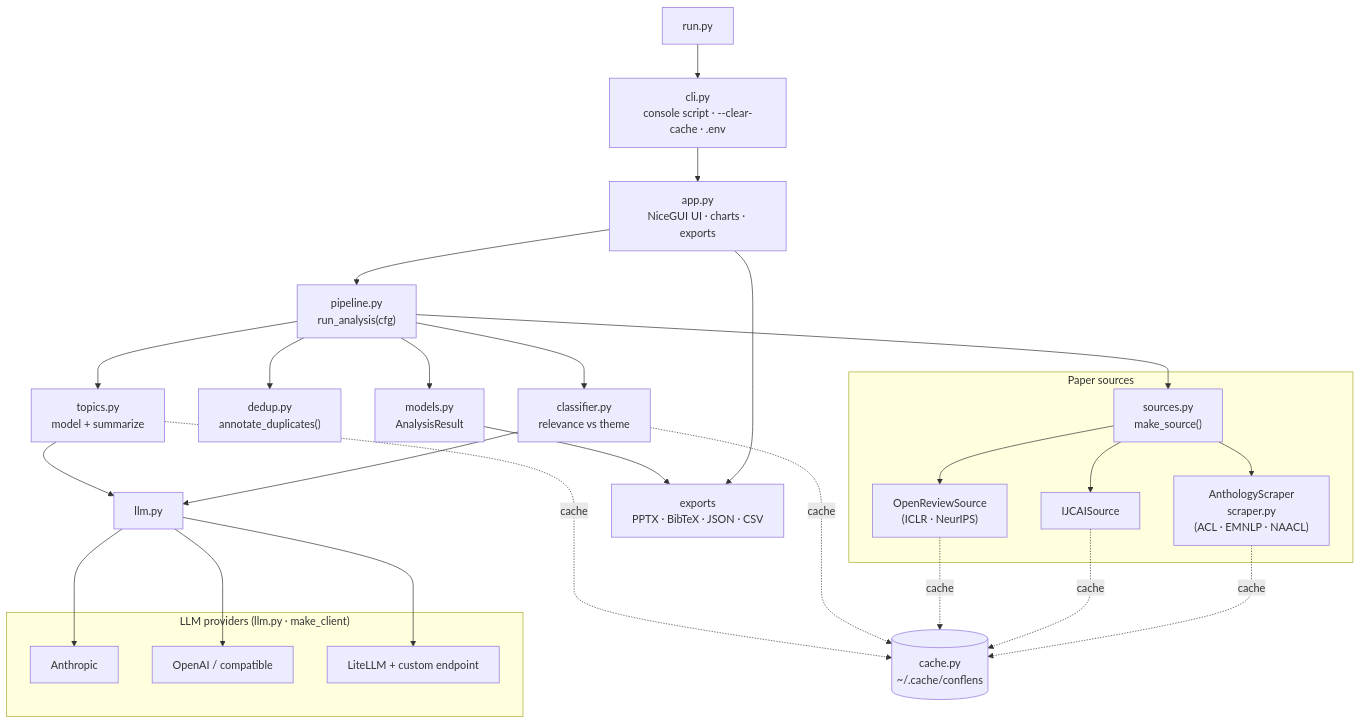
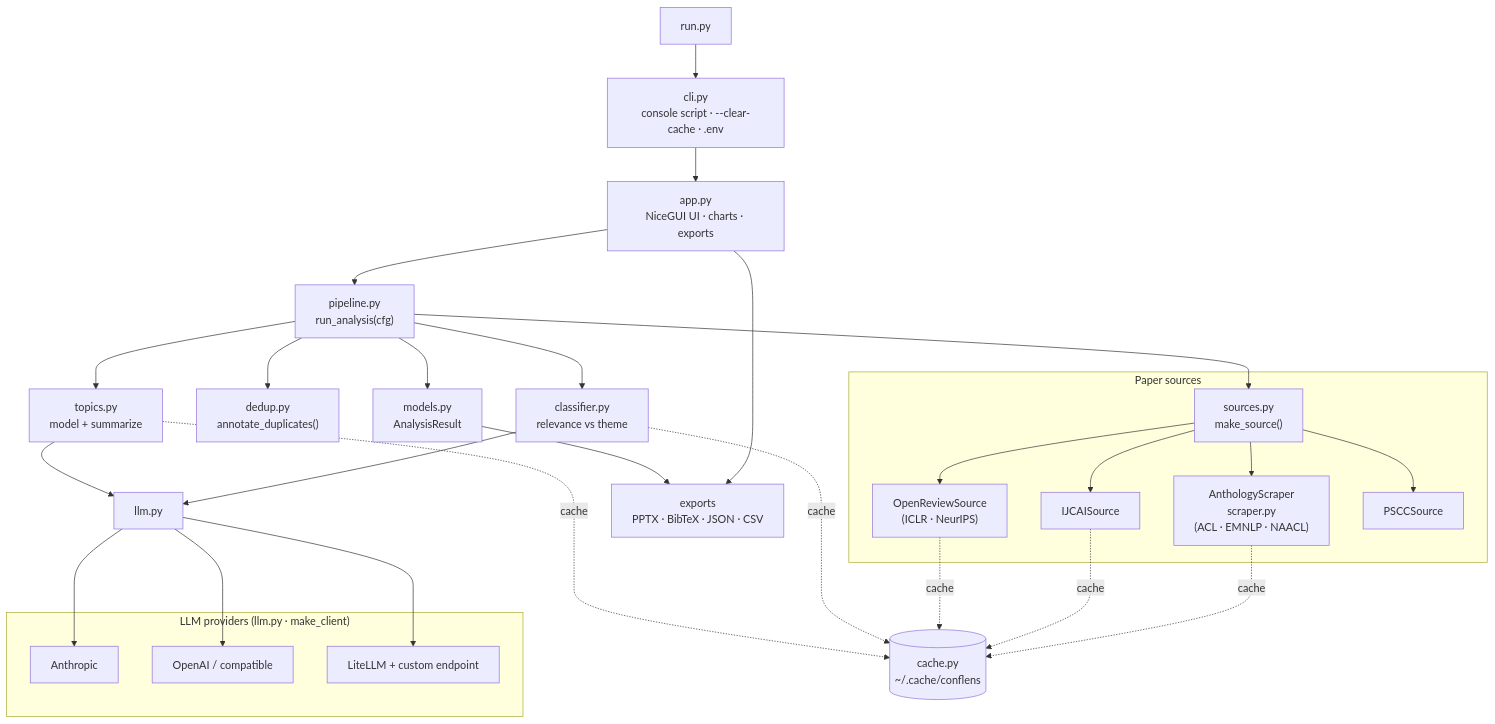
Before and after one commit to picaultj/conflens: the first of 4 diagrams in docs/ARCHITECTURE.md, drawn with Mermaid. The commit also changed other lines of this file and 5 other files, not shown here.

````diff
--- a/docs/ARCHITECTURE.md
+++ b/docs/ARCHITECTURE.md
@@ -10,37 +10,38 @@
 ```mermaid
 flowchart TB
     RUN["run.py"] --> CLI["cli.py<br/>console script · --clear-cache · .env"]
     CLI --> UI["app.py<br/>NiceGUI UI · charts · exports"]
     UI --> PIPE["pipeline.py<br/>run_analysis(cfg)"]
 
     PIPE --> REG["sources.py<br/>make_source()"]
     PIPE --> DUP["dedup.py<br/>annotate_duplicates()"]
     PIPE --> CLS["classifier.py<br/>relevance vs theme"]
     PIPE --> TOP["topics.py<br/>model + summarize"]
     PIPE --> RES["models.py<br/>AnalysisResult"]
 
     subgraph sources["Paper sources"]
       REG --> ACL["AnthologyScraper<br/>scraper.py<br/>(ACL · EMNLP · NAACL)"]
       REG --> IJ["IJCAISource"]
       REG --> OR["OpenReviewSource<br/>(ICLR · NeurIPS)"]
+      REG --> PS["PSCCSource"]
     end
 
     subgraph llm["LLM providers (llm.py · make_client)"]
       AN["Anthropic"]
       OA["OpenAI / compatible"]
       LL["LiteLLM + custom endpoint"]
     end
 
     CLS --> LLMHUB["llm.py"]
     TOP --> LLMHUB
     LLMHUB --> AN & OA & LL
 
     UI --> EXP["exports<br/>PPTX · BibTeX · JSON · CSV"]
     RES --> EXP
 
     ACL -. cache .-> CACHE[("cache.py<br/>~/.cache/conflens")]
     IJ -. cache .-> CACHE
     OR -. cache .-> CACHE
     CLS -. cache .-> CACHE
     TOP -. cache .-> CACHE
 ```
````
